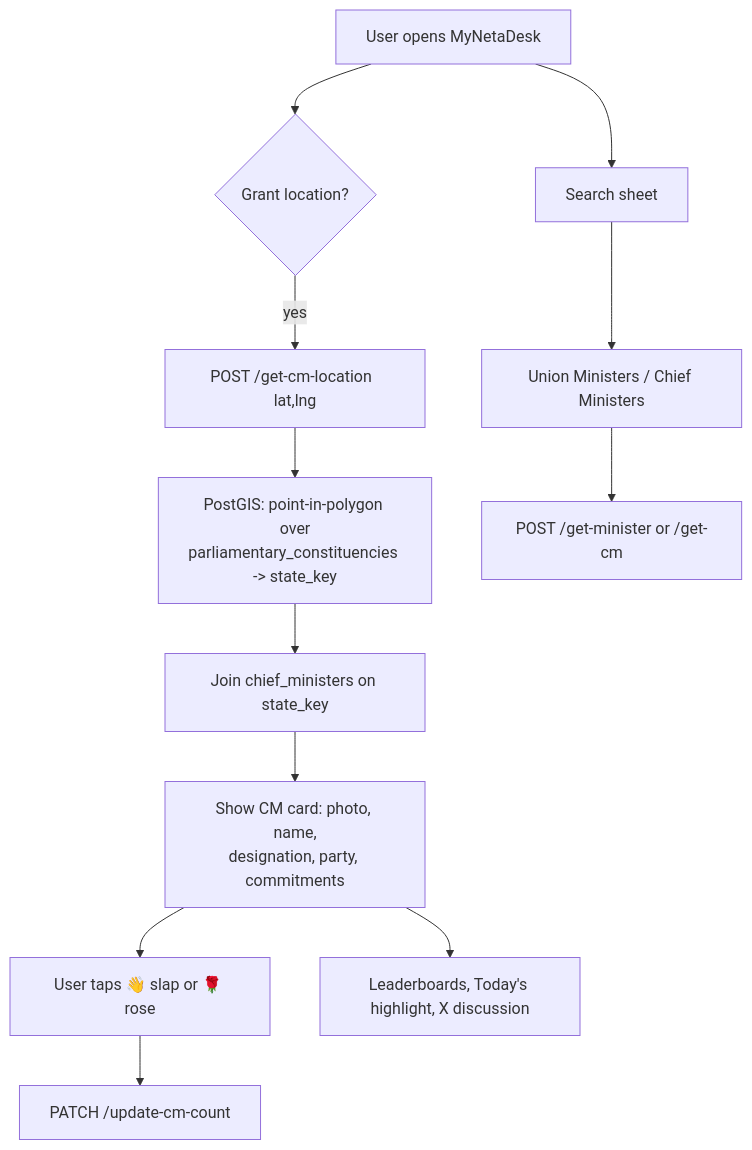
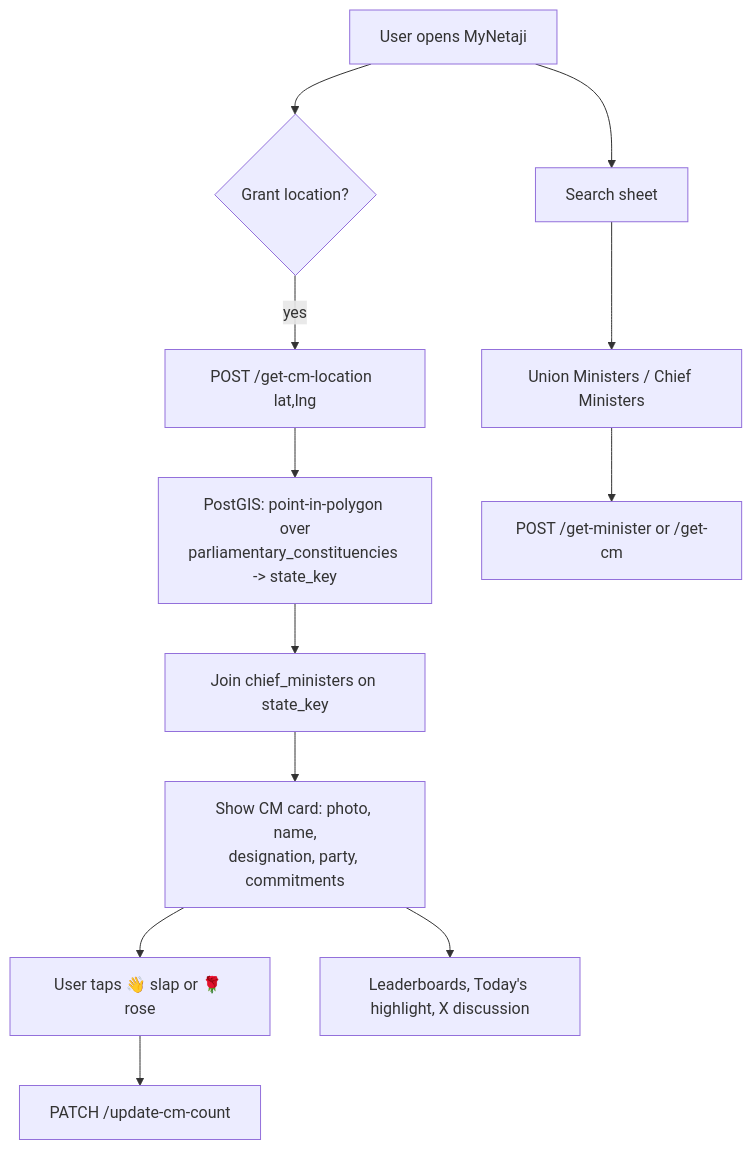
Before and after one commit to abhiraj070/MyNetaDesk: the diagram in README.md, drawn with Mermaid. The commit also changed other lines of this file and 11 other files, not shown here.

Commit message:
feat: rename MyNetaDesk to MyNetaji across the application for consistency

````diff
--- a/README.md
+++ b/README.md
@@ -41,14 +41,14 @@
 ```mermaid
 flowchart TD
-    A[User opens MyNetaDesk] --> B{Grant location?}
+    A[User opens MyNetaji] --> B{Grant location?}
     B -- yes --> C[POST /get-cm-location  lat,lng]
     C --> D[PostGIS: point-in-polygon over<br/>parliamentary_constituencies -> state_key]
     D --> E[Join chief_ministers on state_key]
     E --> F[Show CM card: photo, name,<br/>designation, party, commitments]
     F --> G[User taps 👋 slap or 🌹 rose]
     G --> H[PATCH /update-cm-count]
     A --> I[Search sheet]
     I --> J[Union Ministers / Chief Ministers]
     J --> K[POST /get-minister or /get-cm]
     F --> L[Leaderboards, Today's highlight, X discussion]
 ```
````
